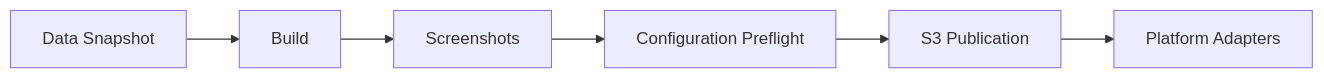
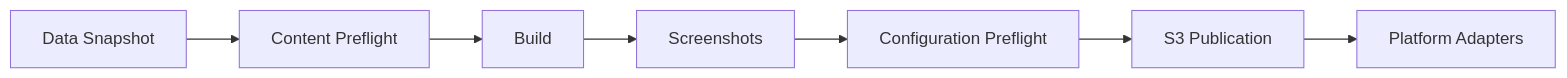
The first of 2 diagrams in README.md (TenviLi/splatoon3-bot), drawn with Mermaid before and after one commit. The commit also changed other lines of this file and 14 other files, not shown here.

````diff
--- a/README.md
+++ b/README.md
@@ -196,8 +199,9 @@
 ```mermaid
 flowchart LR
-  snapshot["Data Snapshot"] --> build["Build"]
+  snapshot["Data Snapshot"] --> content["Content Preflight"]
+  content --> build["Build"]
   build --> screenshots["Screenshots"]
-  screenshots --> preflight["Configuration Preflight"]
-  preflight --> publish["S3 Publication"]
+  screenshots --> config["Configuration Preflight"]
+  config --> publish["S3 Publication"]
   publish --> adapters["Platform Adapters"]
 ```
````
